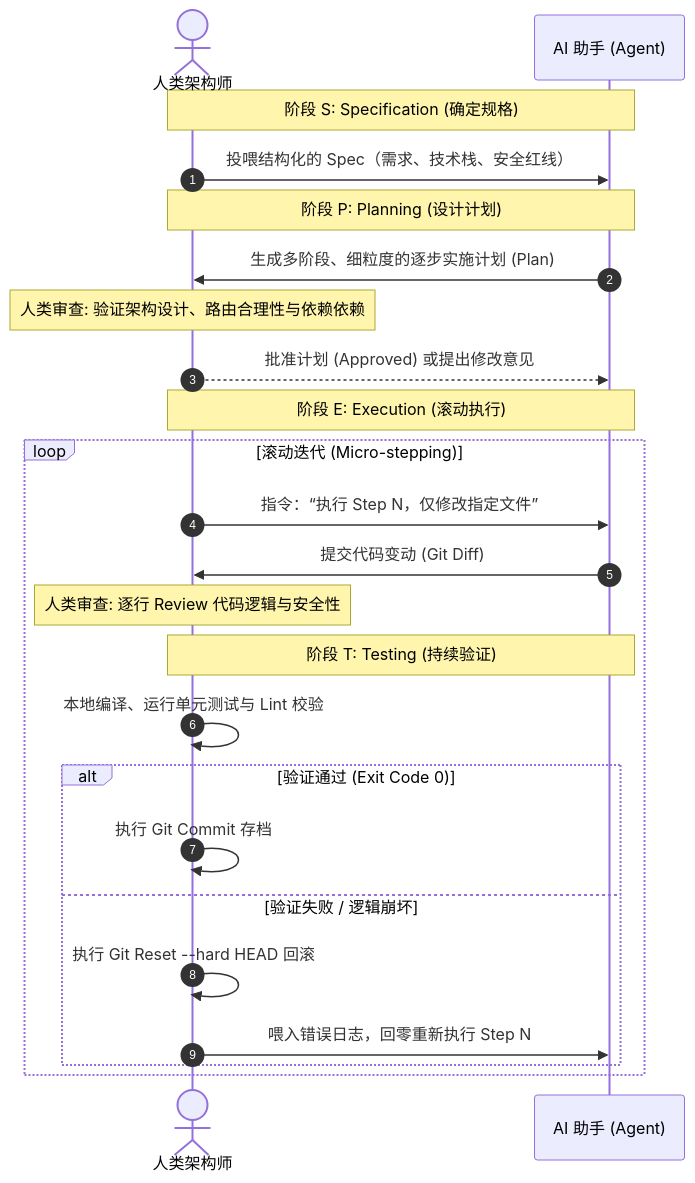
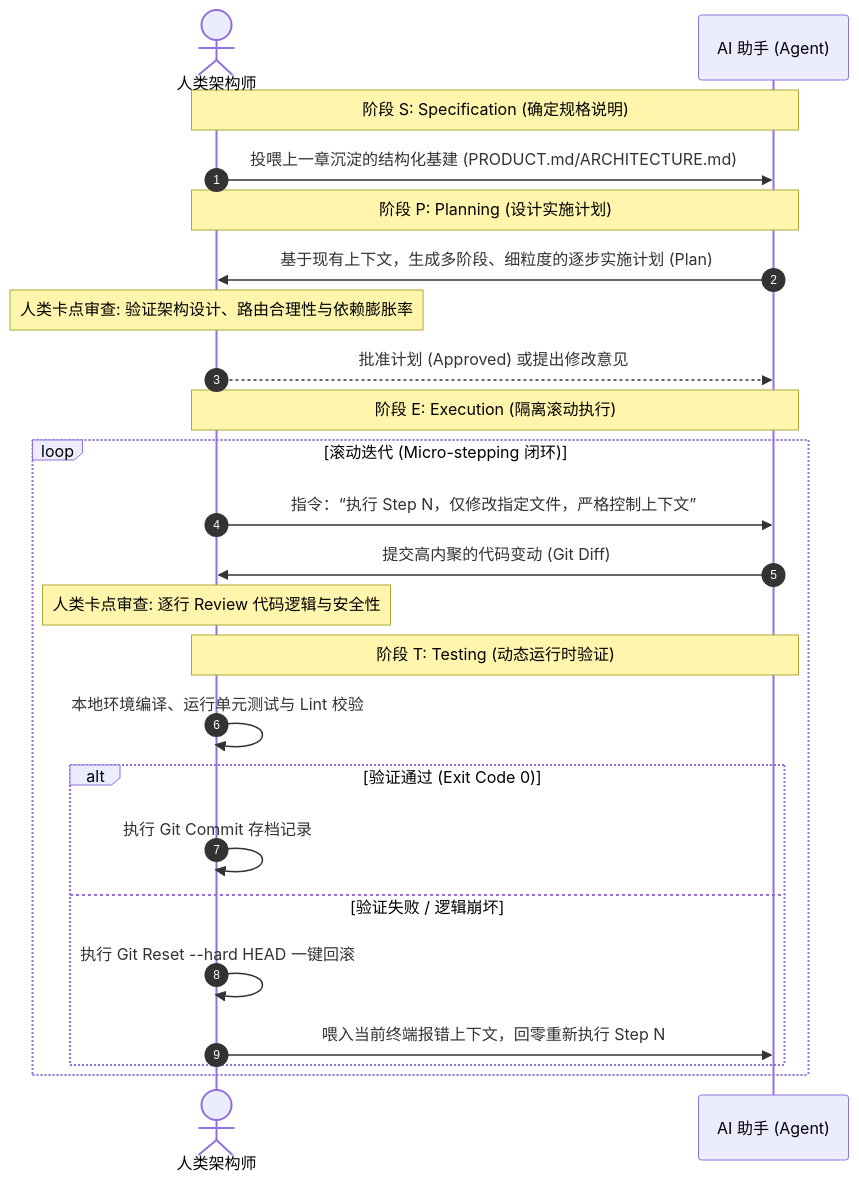
One commit to ruanqizhen/cocode changed the diagram in docs/planning.md. Above: the diagram before and after it, drawn with Mermaid. The commit also changed other lines of this file, not shown here.

````diff
--- a/docs/planning.md
+++ b/docs/planning.md
@@ -23,30 +21,31 @@
 ```mermaid
 sequenceDiagram
     autonumber
     actor Human as 人类架构师
     participant AI as AI 助手 (Agent)
     
-    Note over Human, AI: 阶段 S: Specification (确定规格)
-    Human->>AI: 投喂结构化的 Spec（需求、技术栈、安全红线）
+    Note over Human, AI: 阶段 S: Specification (确定规格说明)
+    Human->>AI: 投喂上一章沉淀的结构化基建 (PRODUCT.md/ARCHITECTURE.md)
     
-    Note over Human, AI: 阶段 P: Planning (设计计划)
-    AI->>Human: 生成多阶段、细粒度的逐步实施计划 (Plan)
-    Note over Human: 人类审查: 验证架构设计、路由合理性与依赖依赖
+    Note over Human, AI: 阶段 P: Planning (设计实施计划)
+    AI->>Human: 基于现有上下文，生成多阶段、细粒度的逐步实施计划 (Plan)
+    Note over Human: 人类卡点审查: 验证架构设计、路由合理性与依赖膨胀率
     Human-->>AI: 批准计划 (Approved) 或提出修改意见
     
-    Note over Human, AI: 阶段 E: Execution (滚动执行)
-    loop 滚动迭代 (Micro-stepping)
-        Human->>AI: 指令：“执行 Step N，仅修改指定文件”
-        AI->>Human: 提交代码变动 (Git Diff)
-        Note over Human: 人类审查: 逐行 Review 代码逻辑与安全性
+    Note over Human, AI: 阶段 E: Execution (隔离滚动执行)
+    loop 滚动迭代 (Micro-stepping 闭环)
+        Human->>AI: 指令：“执行 Step N，仅修改指定文件，严格控制上下文”
+        AI->>Human: 提交高内聚的代码变动 (Git Diff)
+        Note over Human: 人类卡点审查: 逐行 Review 代码逻辑与安全性
         
-        Note over Human, AI: 阶段 T: Testing (持续验证)
-        Human->>Human: 本地编译、运行单元测试与 Lint 校验
+        Note over Human, AI: 阶段 T: Testing (动态运行时验证)
+        Human->>Human: 本地环境编译、运行单元测试与 Lint 校验
         alt 验证通过 (Exit Code 0)
-            Human->>Human: 执行 Git Commit 存档
+            Human->>Human: 执行 Git Commit 存档记录
         else 验证失败 / 逻辑崩坏
-            Human->>Human: 执行 Git Reset --hard HEAD 回滚
-            Human->>AI: 喂入错误日志，回零重新执行 Step N
+            Human->>Human: 执行 Git Reset --hard HEAD 一键回滚
+            Human->>AI: 喂入当前终端报错上下文，回零重新执行 Step N
         end
     end
+
 ```
````
